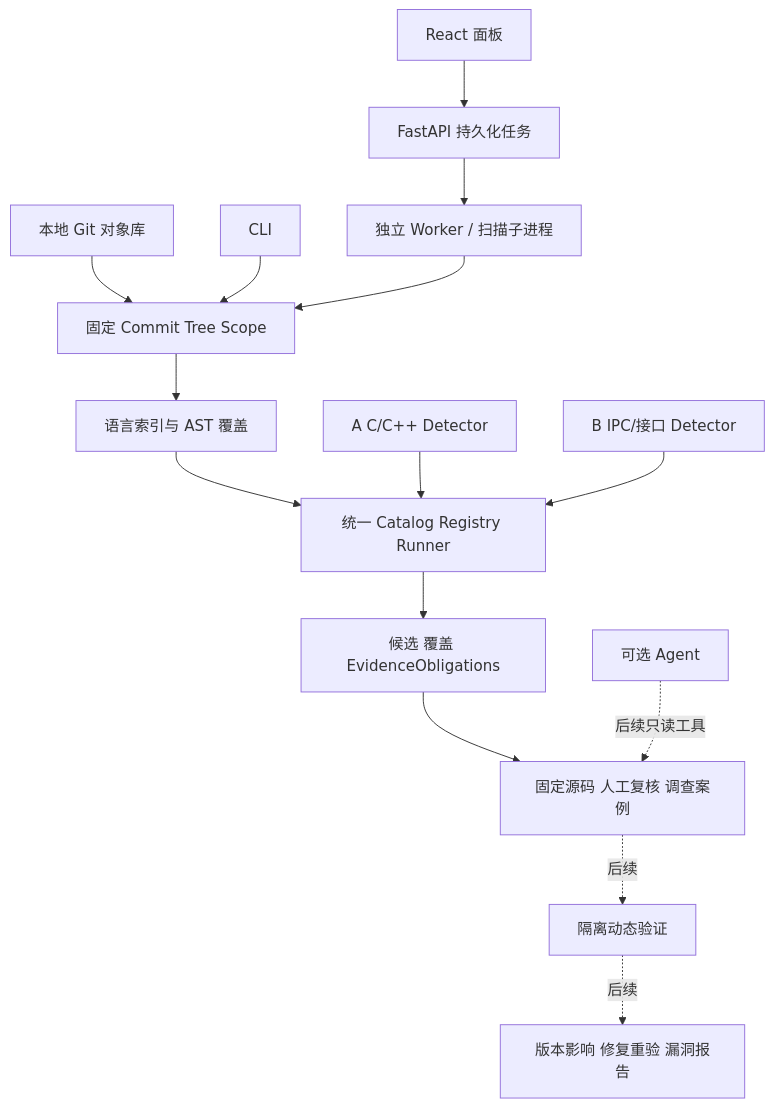
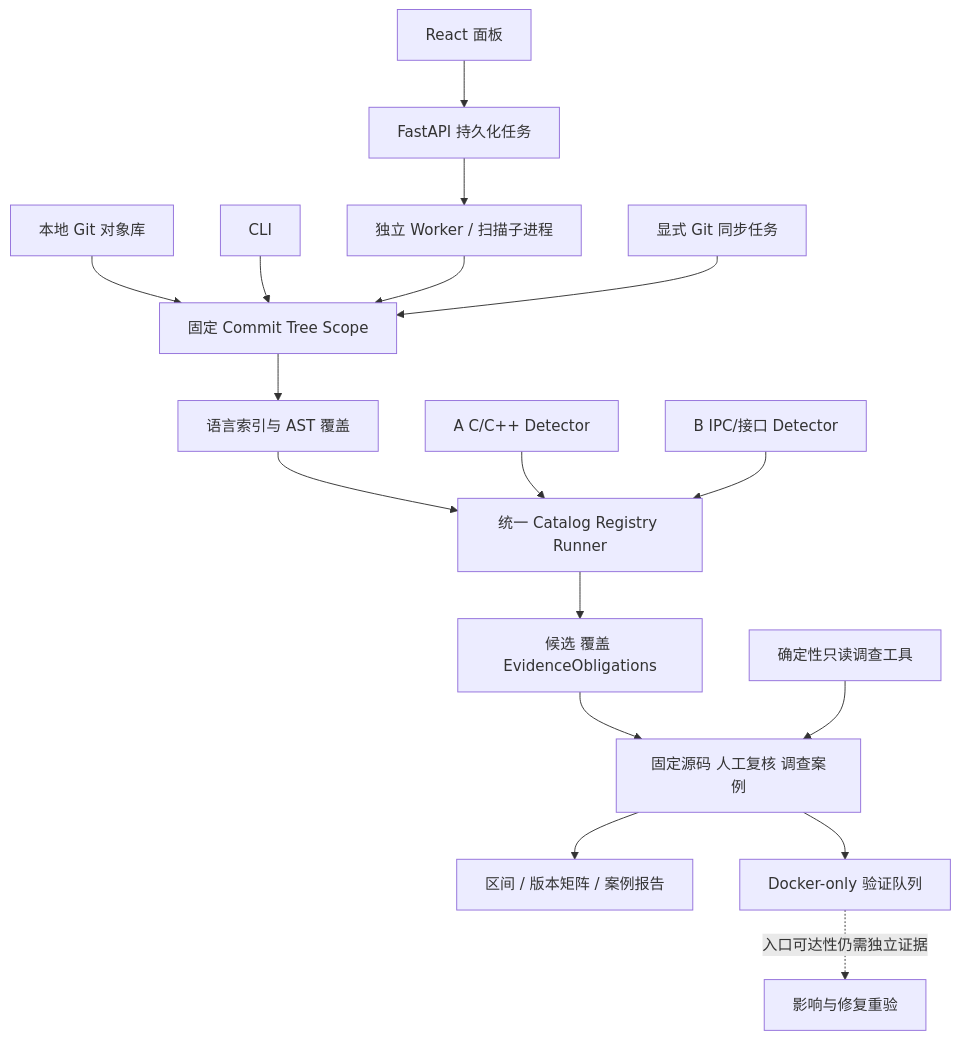
One commit to unpredictablexss-lang/CyberSecurity-Innovation-Audit changed the diagram in docs/架构与公共协议.md. Above: the diagram before and after it, drawn with Mermaid. The commit also changed other lines of this file and 7 other files, not shown here.

````diff
--- a/docs/架构与公共协议.md
+++ b/docs/架构与公共协议.md
@@ -7,17 +7,19 @@
 ```mermaid
 flowchart TD
   SRC[本地 Git 对象库] --> PIN[固定 Commit Tree Scope]
   PIN --> IDX[语言索引与 AST 覆盖]
   IDX --> RUN[统一 Catalog Registry Runner]
   A[A C/C++ Detector] --> RUN
   B[B IPC/接口 Detector] --> RUN
   RUN --> RESULT[候选 覆盖 EvidenceObligations]
   CLI[CLI] --> PIN
   WEB[React 面板] --> API[FastAPI 持久化任务]
   API --> WORKER[独立 Worker / 扫描子进程]
   WORKER --> PIN
   RESULT --> REVIEW[固定源码 人工复核 调查案例]
-  REVIEW -. 后续 .-> VALID[隔离动态验证]
-  VALID -. 后续 .-> IMPACT[版本影响 修复重验 漏洞报告]
-  AG[可选 Agent] -. 后续只读工具 .-> REVIEW
+  SYNC[显式 Git 同步任务] --> PIN
+  REVIEW --> OPS[区间 / 版本矩阵 / 案例报告]
+  REVIEW --> VALID[Docker-only 验证队列]
+  VALID -. 入口可达性仍需独立证据 .-> IMPACT[影响与修复重验]
+  AG[确定性只读调查工具] --> REVIEW
 ```
````
